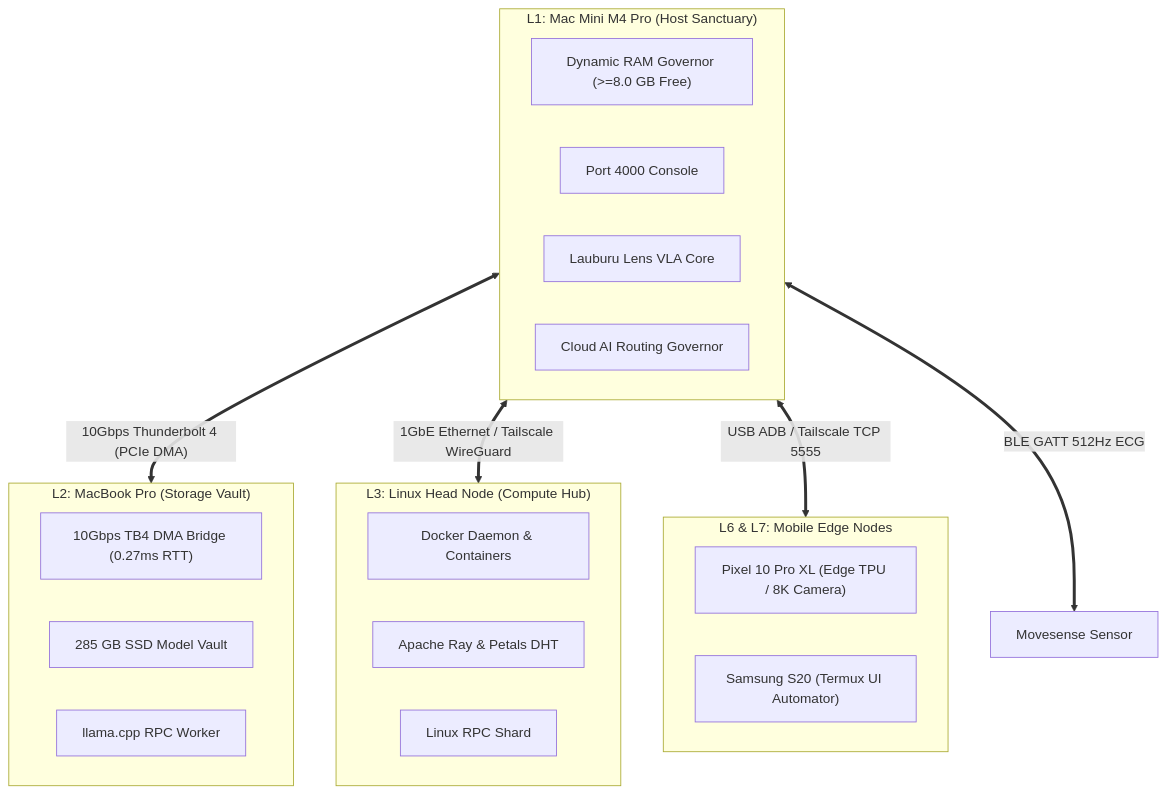
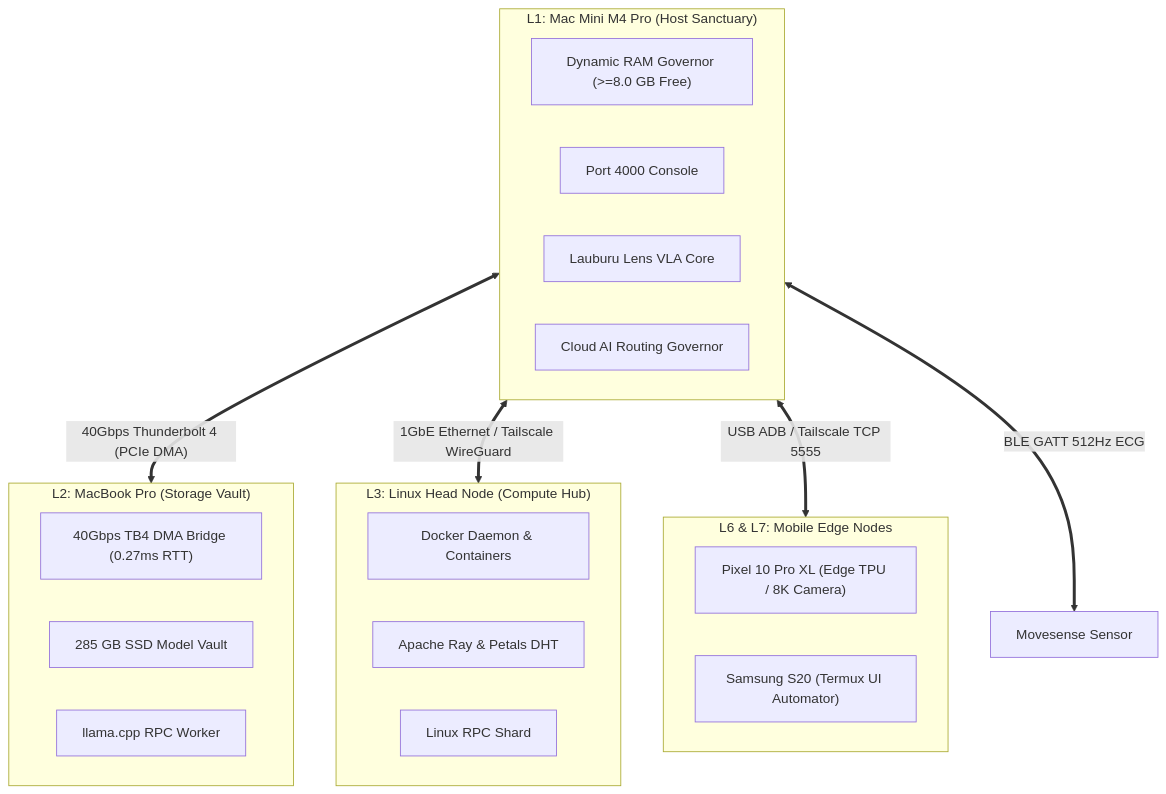
The diagram in obsidian_vault/canonical/CANONICAL_PROJECT_OVERVIEW.md (aarontmaher/Lauburu-Monorepo), drawn with Mermaid before and after one commit. The commit also changed other lines of this file and 7991 other files, not shown here.

````diff
--- a/obsidian_vault/canonical/CANONICAL_PROJECT_OVERVIEW.md
+++ b/obsidian_vault/canonical/CANONICAL_PROJECT_OVERVIEW.md
@@ -113,31 +114,31 @@
 ```mermaid
 graph TD
     subgraph L1_HOST["L1: Mac Mini M4 Pro (Host Sanctuary)"]
         RAM_GOV["Dynamic RAM Governor (>=8.0 GB Free)"]
         CONSOLE["Port 4000 Console"]
         LENS_CORE["Lauburu Lens VLA Core"]
         ROUTING["Cloud AI Routing Governor"]
     end
 
     subgraph L2_TB4["L2: MacBook Pro (Storage Vault)"]
-        TB4_BRIDGE["10Gbps TB4 DMA Bridge (0.27ms RTT)"]
+        TB4_BRIDGE["40Gbps TB4 DMA Bridge (0.27ms RTT)"]
         GGUF_VAULT["285 GB SSD Model Vault"]
         RPC_WORKER_1["llama.cpp RPC Worker"]
     end
 
     subgraph L3_LINUX["L3: Linux Head Node (Compute Hub)"]
         DOCKER_HUB["Docker Daemon & Containers"]
         RAY_CLUSTER["Apache Ray & Petals DHT"]
         RPC_WORKER_2["Linux RPC Shard"]
     end
 
     subgraph L6_L7_MOBILE["L6 & L7: Mobile Edge Nodes"]
         PIXEL_TPU["Pixel 10 Pro XL (Edge TPU / 8K Camera)"]
         SAMSUNG_S20["Samsung S20 (Termux UI Automator)"]
     end
 
-    L1_HOST <== "10Gbps Thunderbolt 4 (PCIe DMA)" ==> L2_TB4
+    L1_HOST <== "40Gbps Thunderbolt 4 (PCIe DMA)" ==> L2_TB4
     L1_HOST <== "1GbE Ethernet / Tailscale WireGuard" ==> L3_LINUX
     L1_HOST <== "USB ADB / Tailscale TCP 5555" ==> L6_L7_MOBILE
     L1_HOST <== "BLE GATT 512Hz ECG" ==> MOVESENSE["Movesense Sensor"]
 ```
````
